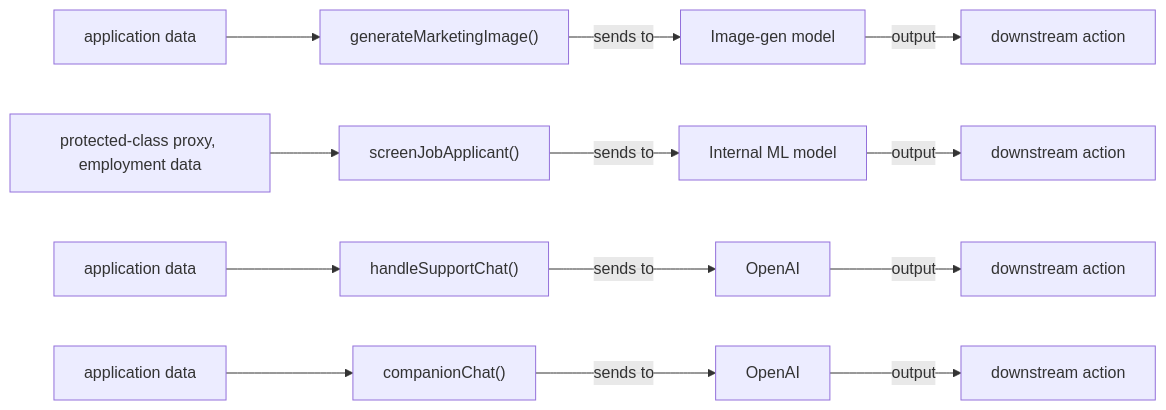
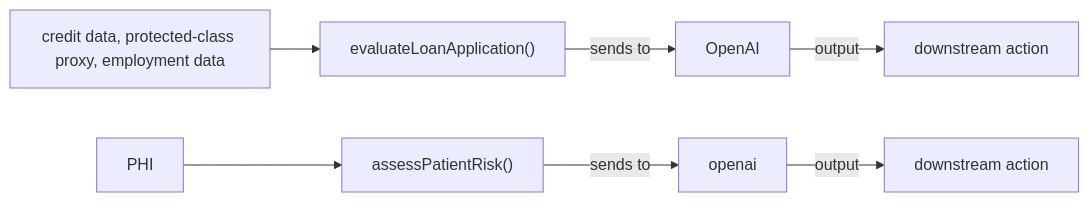
One commit to rodgutie/regkit changed the diagram in packages/scanner/example-evidence/AI-System-Data-Flow-Diagram.md. Above: the diagram before and after it, drawn with Mermaid. The commit also changed other lines of this file and 15 other files, not shown here.

````diff
--- a/packages/scanner/example-evidence/AI-System-Data-Flow-Diagram.md
+++ b/packages/scanner/example-evidence/AI-System-Data-Flow-Diagram.md
@@ -17,15 +17,9 @@
 ```mermaid
 flowchart LR
-  IN0["application data"] --> FN0["generateMarketingImage()"]
-  FN0 -->|sends to| AI0["Image-gen model"]
+  IN0["credit data, protected-class proxy, employment data"] --> FN0["evaluateLoanApplication()"]
+  FN0 -->|sends to| AI0["OpenAI"]
   AI0 -->|output| OUT0["downstream action"]
-  IN1["protected-class proxy, employment data"] --> FN1["screenJobApplicant()"]
-  FN1 -->|sends to| AI1["Internal ML model"]
+  IN1["PHI"] --> FN1["assessPatientRisk()"]
+  FN1 -->|sends to| AI1["openai"]
   AI1 -->|output| OUT1["downstream action"]
-  IN2["application data"] --> FN2["handleSupportChat()"]
-  FN2 -->|sends to| AI2["OpenAI"]
-  AI2 -->|output| OUT2["downstream action"]
-  IN3["application data"] --> FN3["companionChat()"]
-  FN3 -->|sends to| AI3["OpenAI"]
-  AI3 -->|output| OUT3["downstream action"]
 ```
````
